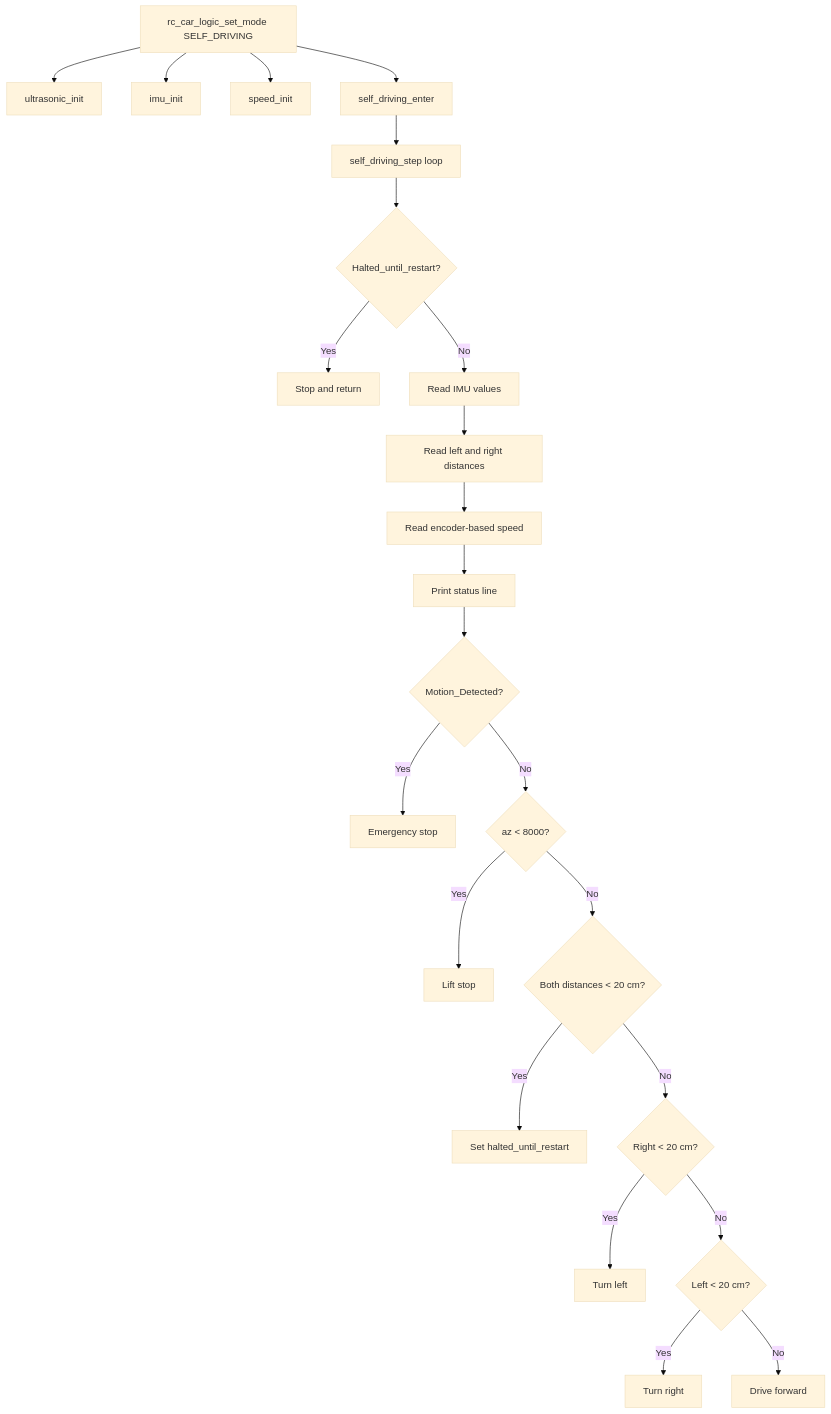
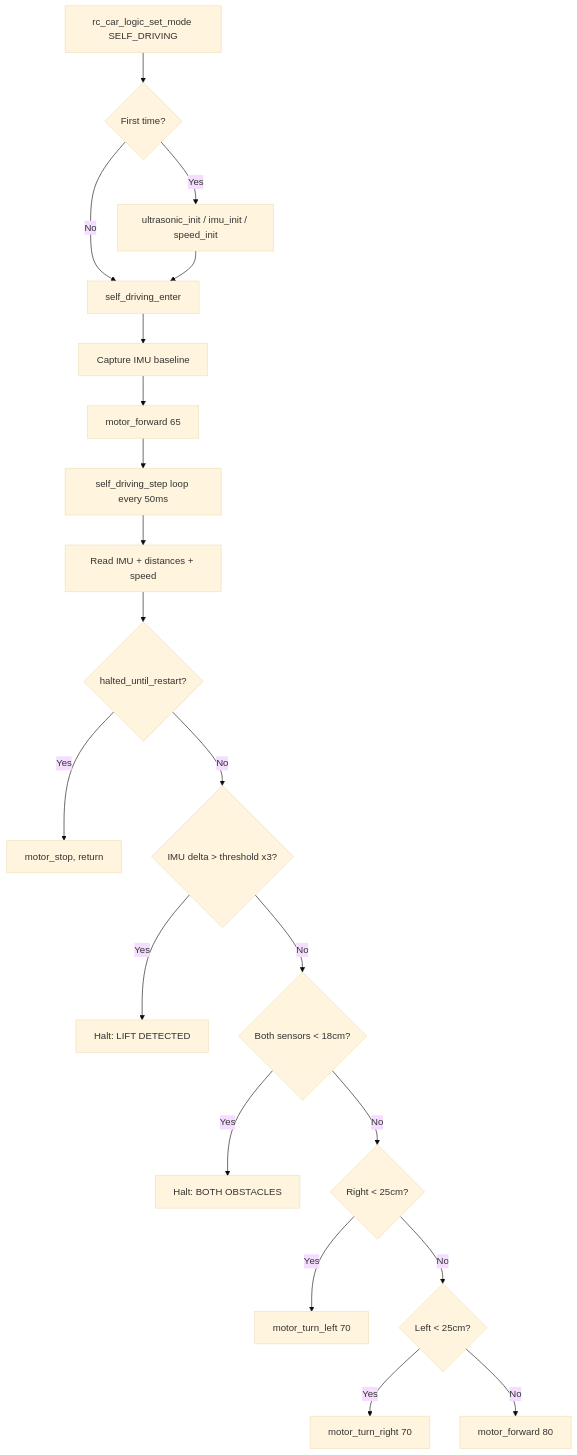
The diagram in docs/en/self_driving_en.md (Anish-Pun/2EAI-PEN-2526-AGV), drawn with Mermaid (base theme) before and after one commit. The commit also changed other lines of this file and 4 other files, not shown here.

````diff
--- a/docs/en/self_driving_en.md
+++ b/docs/en/self_driving_en.md
@@ -60,25 +134,22 @@
 ```mermaid
 flowchart TD
-    A[rc_car_logic_set_mode SELF_DRIVING] --> B[ultrasonic_init]
-    A --> C[imu_init]
-    A --> D[speed_init]
-    A --> E[self_driving_enter]
-    E --> F[self_driving_step loop]
-    F --> G{Halted_until_restart?}
-    G -- Yes --> H[Stop and return]
-    G -- No --> I[Read IMU values]
-    I --> J[Read left and right distances]
-    J --> K[Read encoder-based speed]
-    K --> L[Print status line]
-    L --> M{Motion_Detected?}
-    M -- Yes --> N[Emergency stop]
-    M -- No --> O{az < 8000?}
-    O -- Yes --> P[Lift stop]
-    O -- No --> Q{Both distances < 20 cm?}
-    Q -- Yes --> R[Set halted_until_restart]
-    Q -- No --> S{Right < 20 cm?}
-    S -- Yes --> T[Turn left]
-    S -- No --> U{Left < 20 cm?}
-    U -- Yes --> V[Turn right]
-    U -- No --> W[Drive forward]
+    A[rc_car_logic_set_mode SELF_DRIVING] --> B{First time?}
+    B -- Yes --> C[ultrasonic_init / imu_init / speed_init]
+    B -- No --> D[self_driving_enter]
+    C --> D
+    D --> E[Capture IMU baseline]
+    E --> F[motor_forward 65]
+    F --> G[self_driving_step loop every 50ms]
+    G --> I[Read IMU + distances + speed]
+    I --> J{halted_until_restart?}
+    J -- Yes --> K[motor_stop, return]
+    J -- No --> L{IMU delta > threshold x3?}
+    L -- Yes --> M[Halt: LIFT DETECTED]
+    L -- No --> N{Both sensors < 18cm?}
+    N -- Yes --> O[Halt: BOTH OBSTACLES]
+    N -- No --> P{Right < 25cm?}
+    P -- Yes --> Q[motor_turn_left 70]
+    P -- No --> R{Left < 25cm?}
+    R -- Yes --> S[motor_turn_right 70]
+    R -- No --> T[motor_forward 80]
 ```
````
